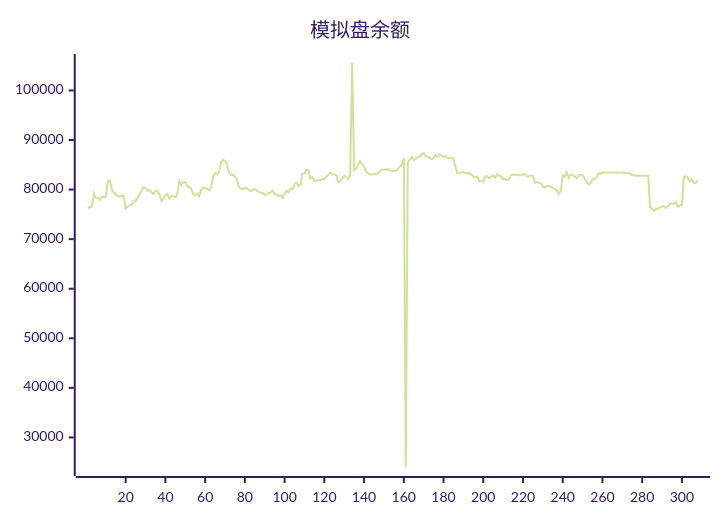
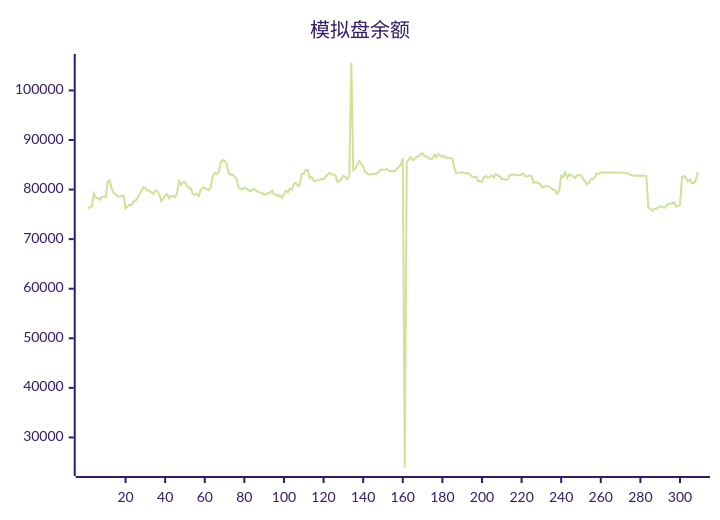
The diagram in README.md (aahl/ai-trading), drawn with Mermaid (forest theme) before and after one commit. The commit also changed other lines of this file and 2 other files, not shown here.

````diff
--- a/README.md
+++ b/README.md
@@ -5,5 +5,5 @@
 ```mermaid
 xychart
     title "模拟盘余额"
-    line [76179,76553,76551,79196,78300,78300,77944,78531,78531,78521,81564,81884,80160,79335,79055,78675,78580,78708,78764,76179,76586,76902,76876,77658,77669,78346,79023,79769,80497,80366,79761,79896,79448,79126,79749,79658,79097,77695,78114,78888,79126,78249,78738,78653,78478,79271,81680,80923,81488,81527,80681,80455,80190,79084,78879,79193,78686,79954,80403,80374,80118,79848,80491,82665,83351,83098,83525,85430,85983,85737,85221,83378,83014,83043,82613,82216,80477,80208,80081,80348,80277,79894,79670,79965,80093,79786,79542,79406,79371,78893,79087,79304,79406,79841,79072,78978,78696,78846,78272,79085,79787,79442,80198,80031,81120,81379,80718,80985,83214,83212,83993,83921,82270,82547,81776,81776,81866,81866,82158,82061,82596,83000,83408,83041,83050,82858,81503,81691,82188,82812,82517,82092,82901,105633,83898,84180,85030,85781,85178,84604,83569,83298,83008,83093,83107,83175,83228,83729,84025,84017,84019,84177,83775,83762,83785,83738,84160,84639,84939,86370,23934,85548,86046,86599,85942,86161,86622,86664,87115,87369,86666,86685,86384,86152,86243,86969,86548,87164,86885,86566,86809,86427,86348,86417,86273,84538,83299,83369,83430,83490,83404,83270,83362,83056,82605,82459,82614,81734,81788,81551,82598,82702,82320,82580,82878,82426,83139,82778,82686,82056,82166,81963,82110,82951,82983,82984,83038,82838,82915,82998,83235,82642,82682,82858,82746,81396,81512,81362,81277,80600,80461,80699,80673,80616,80288,80038,79836,79142,79722,82837,82533,83480,82366,83032,82960,82654,82330,82883,82934,82901,82188,81728,81005,81298,82110,82135,82449,83264,83203,83440,83439,83440,83440,83446,83447,83448,83447,83448,83449,83369,83369,83369,83313,83256,82872,82873,82801,82844,82785,82791,82791,82793,82794,76339,76145,75714,76110,76096,76397,76594,76585,76310,76607,77160,77170,77160,77456,76541,76774,76927,82520,82744,82337,81639,82040,81307,81314,81887]
+    line [76179,76553,76551,79196,78300,78300,77944,78531,78531,78521,81564,81884,80160,79335,79055,78675,78580,78708,78764,76179,76586,76902,76876,77658,77669,78346,79023,79769,80497,80366,79761,79896,79448,79126,79749,79658,79097,77695,78114,78888,79126,78249,78738,78653,78478,79271,81680,80923,81488,81527,80681,80455,80190,79084,78879,79193,78686,79954,80403,80374,80118,79848,80491,82665,83351,83098,83525,85430,85983,85737,85221,83378,83014,83043,82613,82216,80477,80208,80081,80348,80277,79894,79670,79965,80093,79786,79542,79406,79371,78893,79087,79304,79406,79841,79072,78978,78696,78846,78272,79085,79787,79442,80198,80031,81120,81379,80718,80985,83214,83212,83993,83921,82270,82547,81776,81776,81866,81866,82158,82061,82596,83000,83408,83041,83050,82858,81503,81691,82188,82812,82517,82092,82901,105633,83898,84180,85030,85781,85178,84604,83569,83298,83008,83093,83107,83175,83228,83729,84025,84017,84019,84177,83775,83762,83785,83738,84160,84639,84939,86370,23934,85548,86046,86599,85942,86161,86622,86664,87115,87369,86666,86685,86384,86152,86243,86969,86548,87164,86885,86566,86809,86427,86348,86417,86273,84538,83299,83369,83430,83490,83404,83270,83362,83056,82605,82459,82614,81734,81788,81551,82598,82702,82320,82580,82878,82426,83139,82778,82686,82056,82166,81963,82110,82951,82983,82984,83038,82838,82915,82998,83235,82642,82682,82858,82746,81396,81512,81362,81277,80600,80461,80699,80673,80616,80288,80038,79836,79142,79722,82837,82533,83480,82366,83032,82960,82654,82330,82883,82934,82901,82188,81728,81005,81298,82110,82135,82449,83264,83203,83440,83439,83440,83440,83446,83447,83448,83447,83448,83449,83369,83369,83369,83313,83256,82872,82873,82801,82844,82785,82791,82791,82793,82794,76339,76145,75714,76110,76096,76397,76594,76585,76310,76607,77160,77170,77160,77456,76541,76774,76927,82520,82744,82337,81639,82040,81307,81314,81887,83490]
 ```
````
